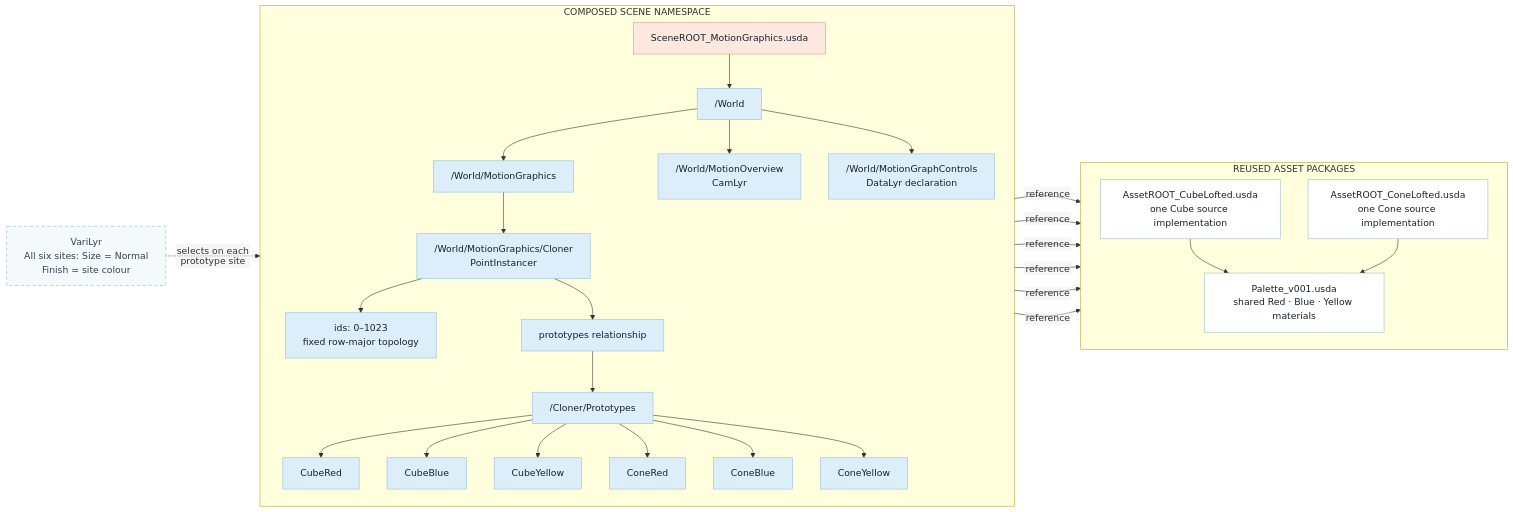
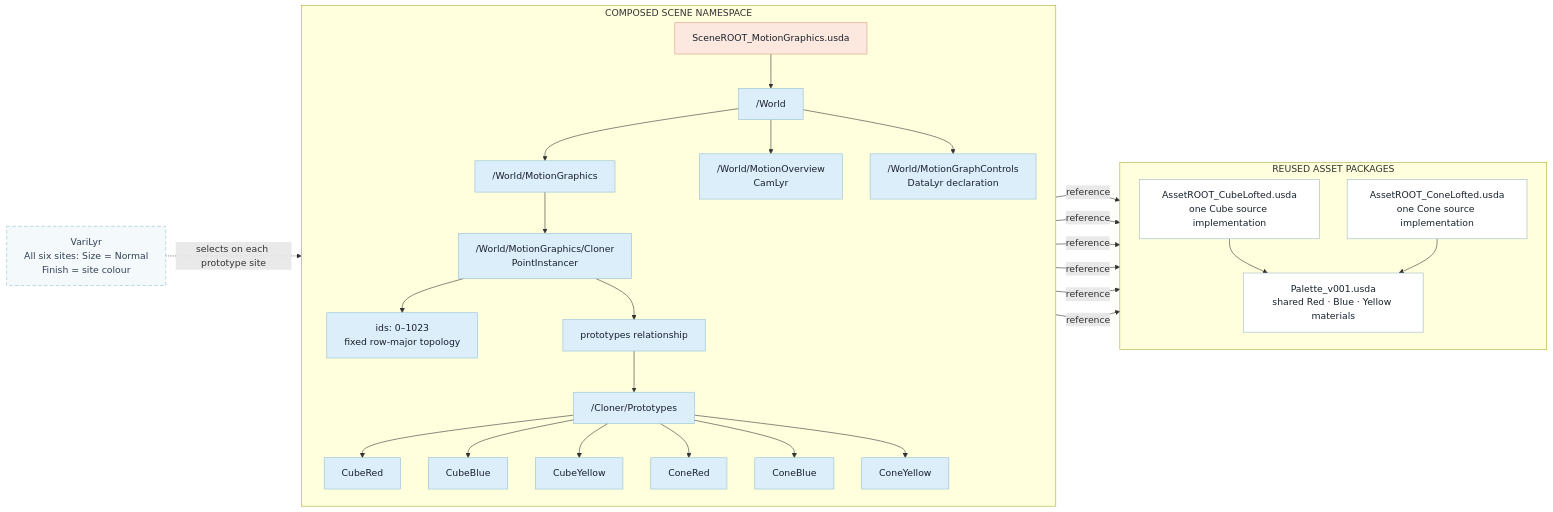
Before and after one commit to jph2/OpenUSD_GoodStart_CompositionContract: the second of 15 diagrams in examples/01_LayeredScene/README.md, drawn with Mermaid. The commit also changed other lines of this file and 15 other files, not shown here.

Commit message:
Update composition contract, add synchronized skill, and fix diagrams

````diff
--- a/examples/01_LayeredScene/README.md
+++ b/examples/01_LayeredScene/README.md
@@ -242,51 +242,51 @@
 ```mermaid
-%%{init: {"flowchart": {"htmlLabels": false, "wrappingWidth": 250, "nodeSpacing": 48, "rankSpacing": 34}}}%%
+%%{init: {"htmlLabels": true, "flowchart": {"htmlLabels": true, "wrappingWidth": 250, "nodeSpacing": 48, "rankSpacing": 34}}}%%
 flowchart LR
     accTitle: MotionGraphics composed USD prim namespace
     accDescr: The root composes a World containing the motion cloner, overview camera and DATA control declaration. The cloner has one PointInstancer with stable IDs 0 to 1023 and six prototype reference sites. Those sites reuse only a Cube and Cone asset root; VariLyr supplies their Size and Finish selections.
 
     subgraph NS["COMPOSED SCENE NAMESPACE"]
         direction TB
         ROOT["SceneROOT_MotionGraphics.usda"] --> WORLD["/World"]
         WORLD --> MG["/World/MotionGraphics"]
         MG --> CLONER["/World/MotionGraphics/Cloner<br/>PointInstancer"]
         CLONER --> IDS["ids: 0–1023<br/>fixed row-major topology"]
         CLONER --> PROTOS["prototypes relationship"]
         PROTOS --> SITES["/Cloner/Prototypes"]
         SITES --> CR["CubeRed"]
         SITES --> CB["CubeBlue"]
         SITES --> CY["CubeYellow"]
         SITES --> NR["ConeRed"]
         SITES --> NB["ConeBlue"]
         SITES --> NY["ConeYellow"]
         WORLD --> CAMERA["/World/MotionOverview<br/>CamLyr"]
         WORLD --> CONTROLS["/World/MotionGraphControls<br/>DataLyr declaration"]
     end
 
     subgraph SOURCE["REUSED ASSET PACKAGES"]
         direction TB
         CUBE["AssetROOT_CubeLofted.usda<br/>one Cube source implementation"]
         CONE["AssetROOT_ConeLofted.usda<br/>one Cone source implementation"]
         PALETTE["Palette_v001.usda<br/>shared Red · Blue · Yellow materials"]
         CUBE --> PALETTE
         CONE --> PALETTE
     end
 
     CR -->|reference| CUBE
     CB -->|reference| CUBE
     CY -->|reference| CUBE
     NR -->|reference| CONE
     NB -->|reference| CONE
     NY -->|reference| CONE
     SELECT["VariLyr<br/>All six sites: Size = Normal<br/>Finish = site colour"] -.->|selects on each prototype site| SITES
 
     classDef motionRoot fill:#fde8df,stroke:#d99b84,color:#17212b
     classDef motionScene fill:#dceef9,stroke:#91bfd8,color:#17212b
     classDef motionSource fill:#ffffff,stroke:#9db9c8,color:#17212b
     classDef motionControl fill:#f4f9fc,stroke:#91bfd8,color:#334155,stroke-dasharray:6 4
     class ROOT motionRoot
     class WORLD,MG,CLONER,IDS,PROTOS,SITES,CR,CB,CY,NR,NB,NY,CAMERA,CONTROLS motionScene
     class CUBE,CONE,PALETTE motionSource
     class SELECT motionControl
     linkStyle default fill:none
 ```
````
